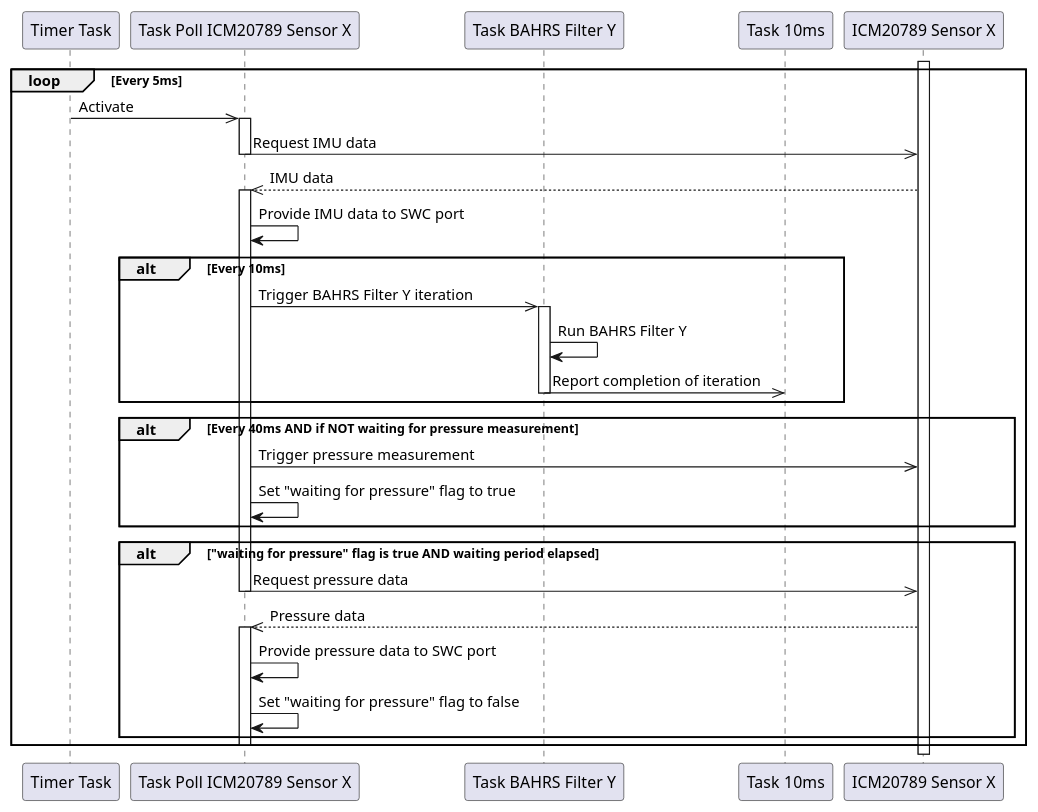
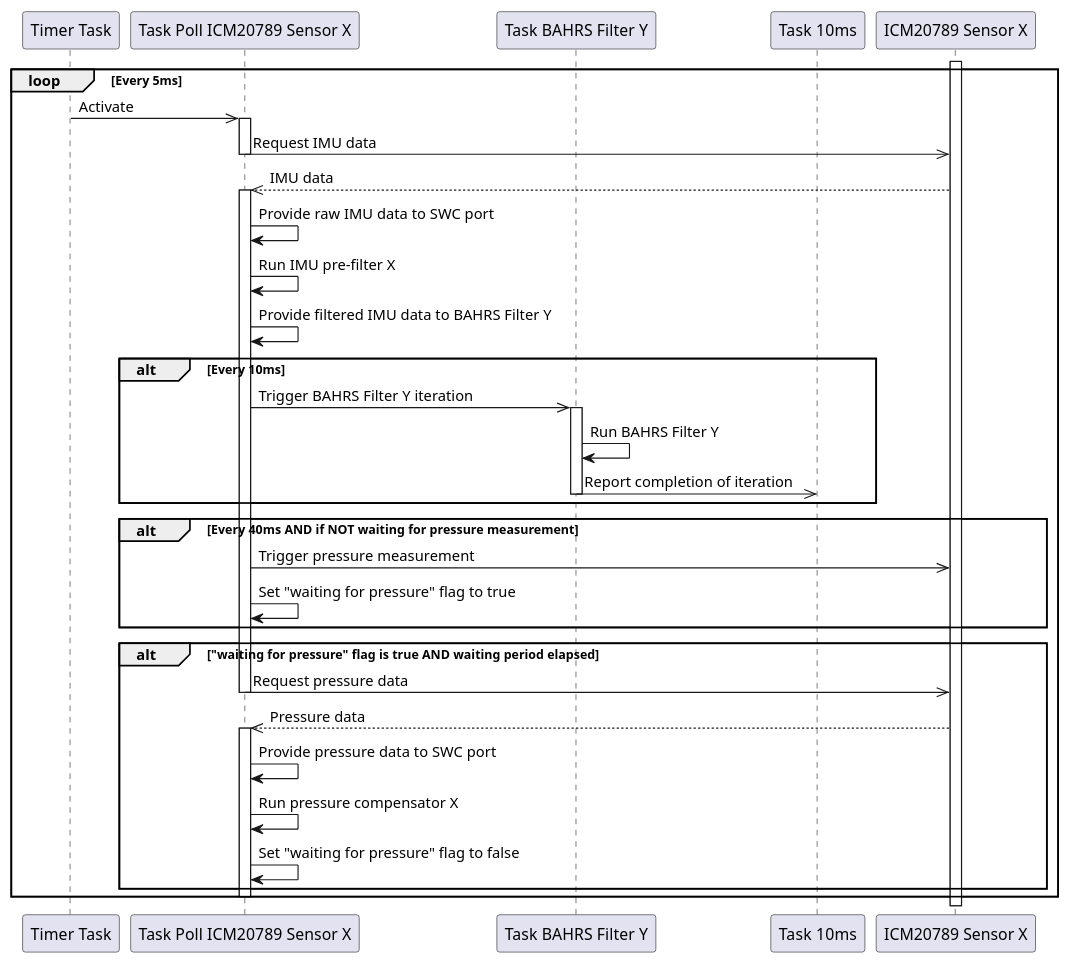
Before and after one commit to euler-nav/bahrs-arch-docs: the ninth of 16 diagrams in docs/inline_umlgraph_pnghtml.pu, drawn with PlantUML. The commit also changed other lines of this file and 233 other files, not shown here.

Commit message:
Update SW architecture

```diff
--- a/docs/inline_umlgraph_pnghtml.pu
+++ b/docs/inline_umlgraph_pnghtml.pu
@@ -254,46 +286,49 @@
 @startuml inline_umlgraph_3.png
 participant "Timer Task" as TimerTask
 participant "Task Poll ICM20789 Sensor X" as Icm20789Task
 participant "Task BAHRS Filter Y" as BahrsFilter
 participant "Task 10ms" as Task10ms
 participant "ICM20789 Sensor X" as IcmSensor
 
 activate IcmSensor
 
 loop Every 5ms
     TimerTask ->> Icm20789Task: Activate
 
     activate Icm20789Task
     Icm20789Task ->> IcmSensor: Request IMU data
     deactivate Icm20789Task
 
     IcmSensor -->> Icm20789Task: IMU data
 
     activate Icm20789Task
-    Icm20789Task -> Icm20789Task: Provide IMU data to SWC port
+    Icm20789Task -> Icm20789Task: Provide raw IMU data to SWC port
+    Icm20789Task -> Icm20789Task: Run IMU pre-filter X
+    Icm20789Task -> Icm20789Task: Provide filtered IMU data to BAHRS Filter Y
 
     alt Every 10ms
         Icm20789Task ->> BahrsFilter: Trigger BAHRS Filter Y iteration
         activate BahrsFilter
         BahrsFilter -> BahrsFilter: Run BAHRS Filter Y
         BahrsFilter ->> Task10ms: Report completion of iteration
         deactivate BahrsFilter
     end
 
     alt Every 40ms AND if NOT waiting for pressure measurement
         Icm20789Task ->> IcmSensor:  Trigger pressure measurement
         Icm20789Task -> Icm20789Task: Set "waiting for pressure" flag to true
     end
 
     alt "waiting for pressure" flag is true AND waiting period elapsed
         Icm20789Task ->> IcmSensor: Request pressure data
         deactivate Icm20789Task
         IcmSensor -->> Icm20789Task: Pressure data
         activate Icm20789Task
         Icm20789Task -> Icm20789Task: Provide pressure data to SWC port
+        Icm20789Task -> Icm20789Task: Run pressure compensator X
         Icm20789Task -> Icm20789Task: Set "waiting for pressure" flag to false
     end
 
     deactivate Icm20789Task
 end
 @enduml
```
